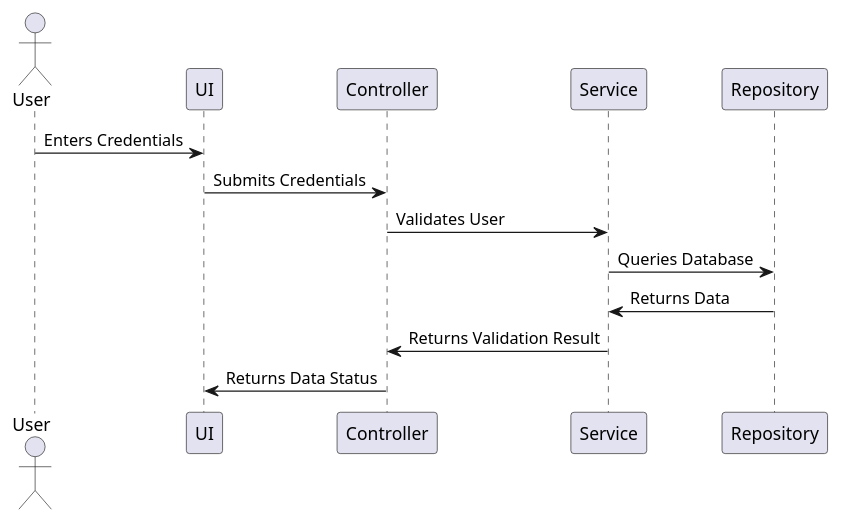
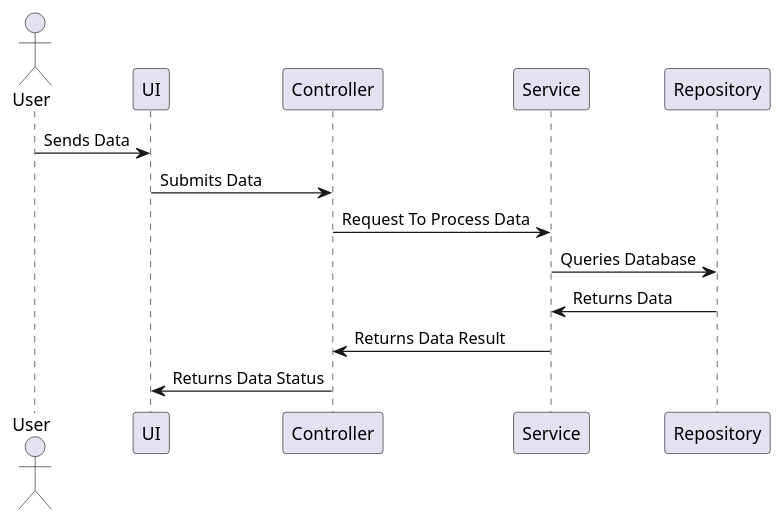
The diagram in CargoHubAPI_SequenceDiagram.puml (HamsterChief/Cargohub-Inf2), drawn with PlantUML before and after one commit. The commit also changed 1 other file, not shown here.

Commit message:
Made deployment diagram and updated sequence diagram
I have created the deployment diagram using PlantUML and updated some names in the sequence diagram

```diff
--- a/CargoHubAPI_SequenceDiagram.puml
+++ b/CargoHubAPI_SequenceDiagram.puml
@@ -1,15 +1,15 @@
 @startuml CargoHubAPI_SequenceDiagram
 actor User
 participant UI
 participant Controller
 participant Service
 participant Repository
 
-User -> UI : Enters Credentials
-UI -> Controller : Submits Credentials
-Controller -> Service : Validates User
+User -> UI : Sends Data
+UI -> Controller : Submits Data
+Controller -> Service : Request To Process Data
 Service -> Repository : Queries Database
 Repository -> Service : Returns Data
-Service -> Controller : Returns Validation Result
+Service -> Controller : Returns Data Result
 Controller -> UI : Returns Data Status
 @enduml
```
